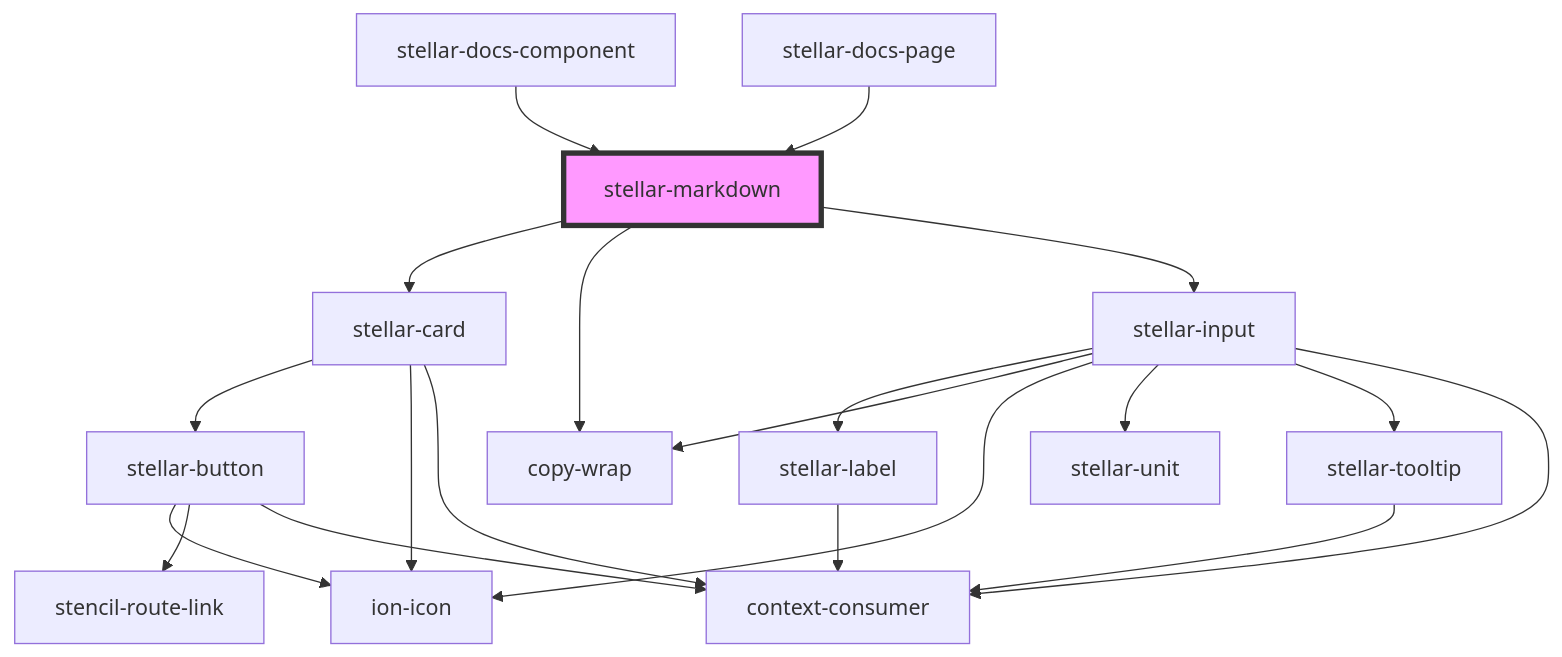
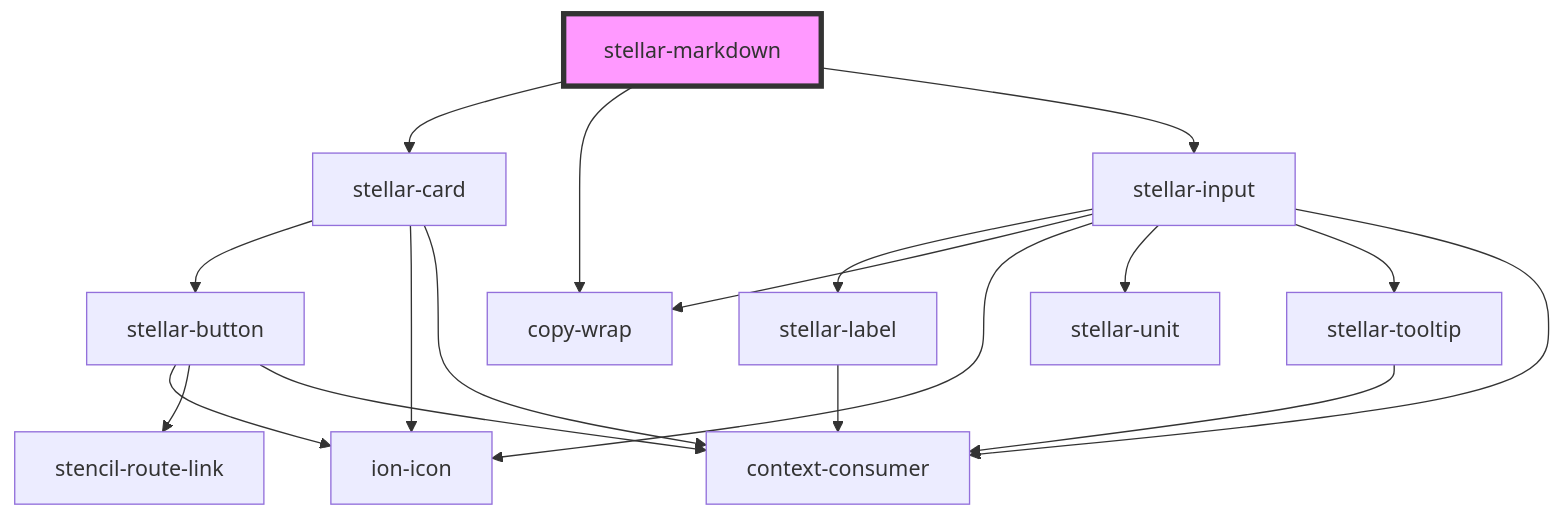
The diagram in src/components/helpers/markdown/readme.md (splitinfinities/Stellar), drawn with Mermaid before and after one commit. The commit also changed other lines of this file and 58 other files, not shown here.

````diff
--- a/src/components/helpers/markdown/readme.md
+++ b/src/components/helpers/markdown/readme.md
@@ -53,23 +48,21 @@
 ```mermaid
 graph TD;
   stellar-markdown --> stellar-card
   stellar-markdown --> copy-wrap
   stellar-markdown --> stellar-input
   stellar-card --> stellar-button
   stellar-card --> ion-icon
   stellar-card --> context-consumer
   stellar-button --> ion-icon
   stellar-button --> stencil-route-link
   stellar-button --> context-consumer
   stellar-input --> stellar-label
   stellar-input --> copy-wrap
   stellar-input --> ion-icon
   stellar-input --> stellar-unit
   stellar-input --> stellar-tooltip
   stellar-input --> context-consumer
   stellar-label --> context-consumer
   stellar-tooltip --> context-consumer
-  stellar-docs-component --> stellar-markdown
-  stellar-docs-page --> stellar-markdown
   style stellar-markdown fill:#f9f,stroke:#333,stroke-width:4px
 ```
````
